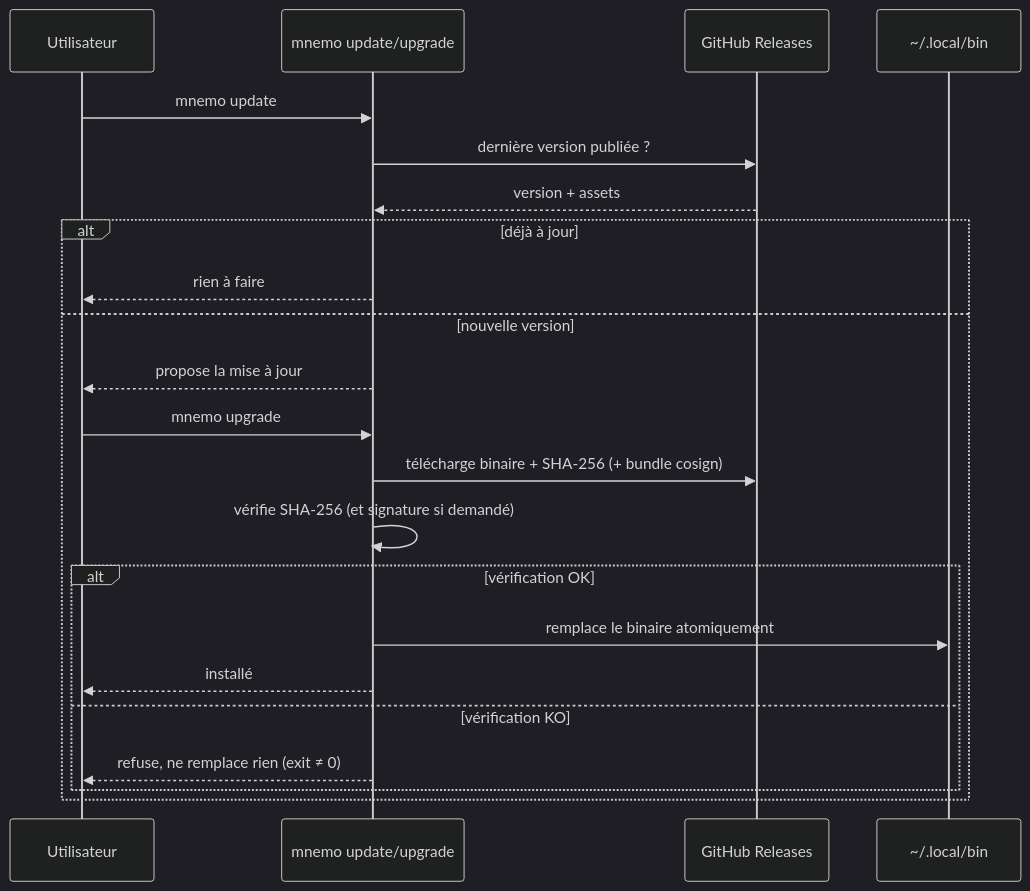
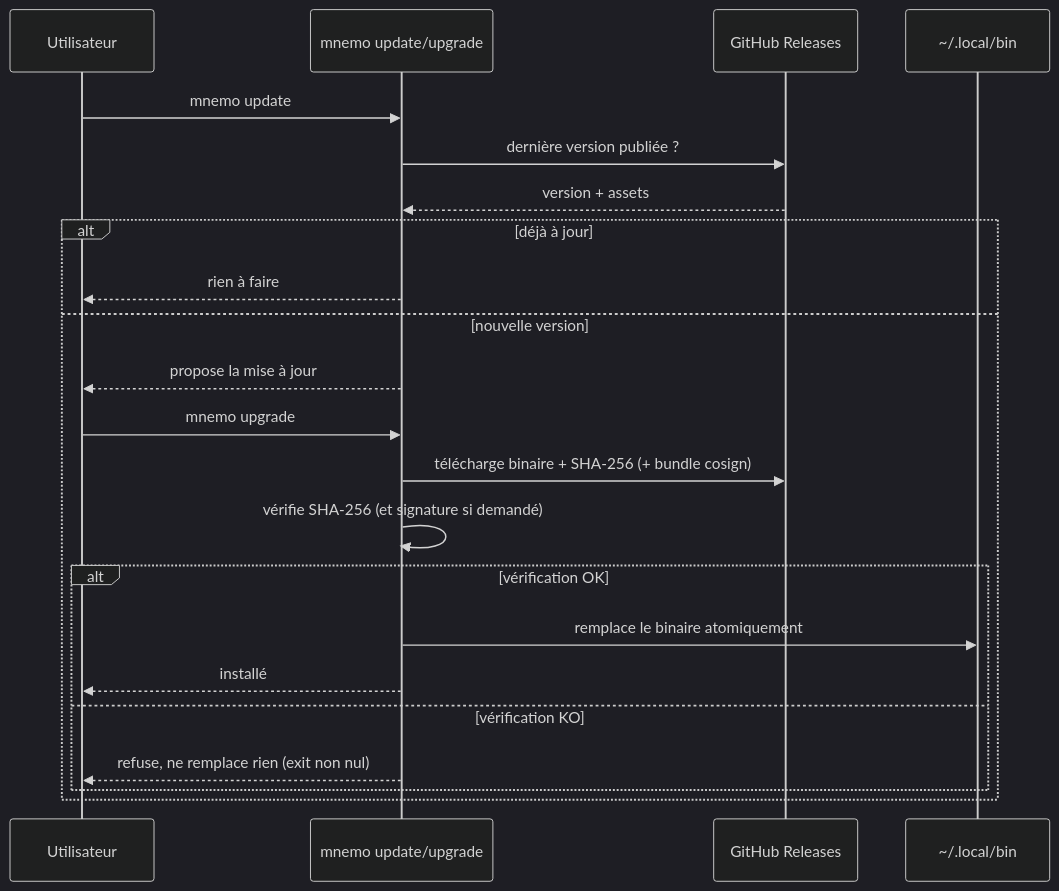
One commit to Vesperis-group/mnemo changed the seventh of 10 diagrams in README.md. Above: the diagram before and after it, drawn with Mermaid (dark theme). The commit also changed other lines of this file and 12 other files, not shown here.

````diff
--- a/README.md
+++ b/README.md
@@ -1483,25 +1267,25 @@
 ```mermaid
 sequenceDiagram
     participant U as Utilisateur
     participant M as mnemo update/upgrade
     participant R as GitHub Releases
     participant FS as ~/.local/bin
 
     U->>M: mnemo update
     M->>R: dernière version publiée ?
     R-->>M: version + assets
     alt déjà à jour
         M-->>U: rien à faire
     else nouvelle version
         M-->>U: propose la mise à jour
         U->>M: mnemo upgrade
         M->>R: télécharge binaire + SHA-256 (+ bundle cosign)
         M->>M: vérifie SHA-256 (et signature si demandé)
         alt vérification OK
             M->>FS: remplace le binaire atomiquement
             M-->>U: installé
         else vérification KO
-            M-->>U: refuse, ne remplace rien (exit ≠ 0)
+            M-->>U: refuse, ne remplace rien (exit non nul)
         end
     end
 ```
````
